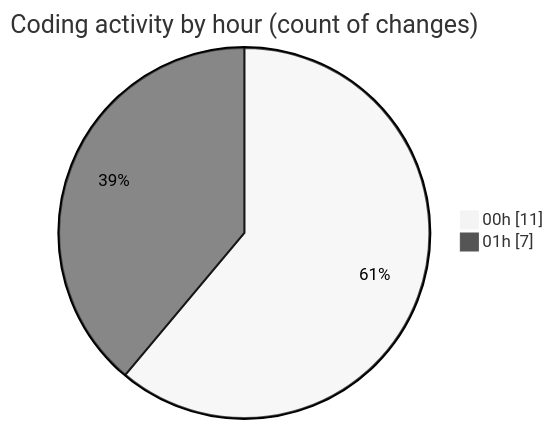
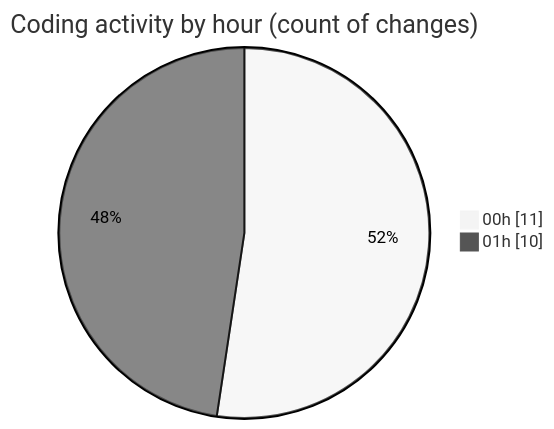
The second of 2 diagrams in 2025-10-11/eventscop-frontend-guide__workspace_/README.md (julien-gomy/code-tracking), drawn with Mermaid (neutral theme) before and after one commit. The commit also changed other lines of this file and 1 other file, not shown here.

````diff
--- a/2025-10-11/eventscop-frontend-guide__workspace_/README.md
+++ b/2025-10-11/eventscop-frontend-guide__workspace_/README.md
@@ -36,6 +36,6 @@
 ```mermaid
 pie showData
 title Coding activity by hour (count of changes)
 "00h" : 11
-"01h" : 7
+"01h" : 10
 ```
````
